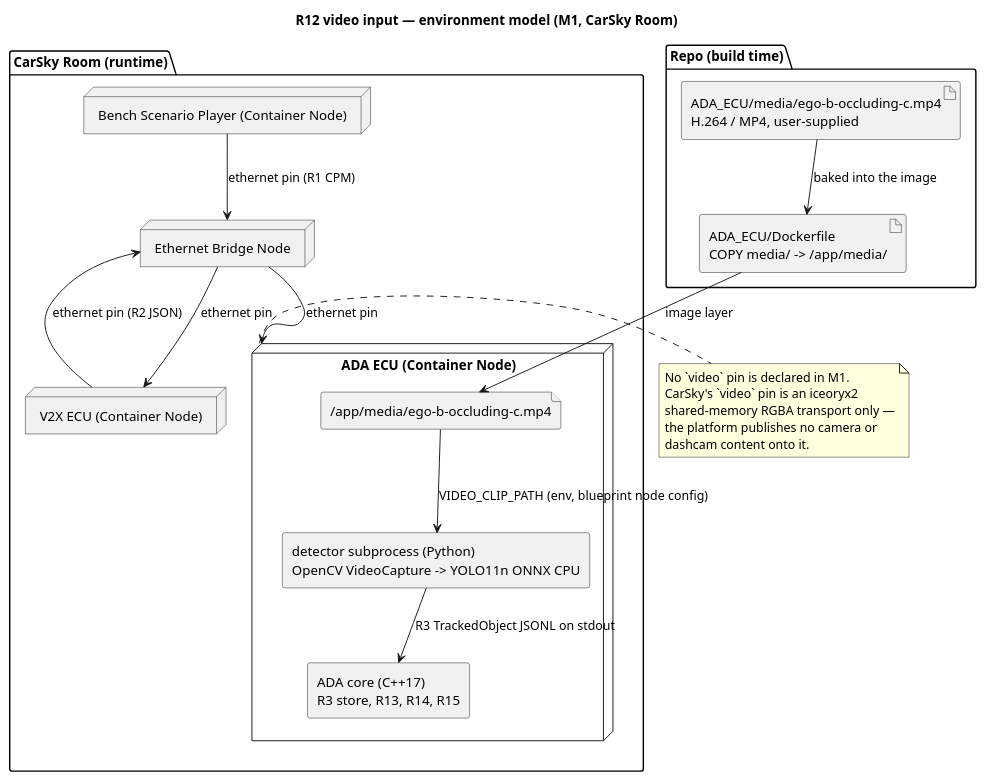
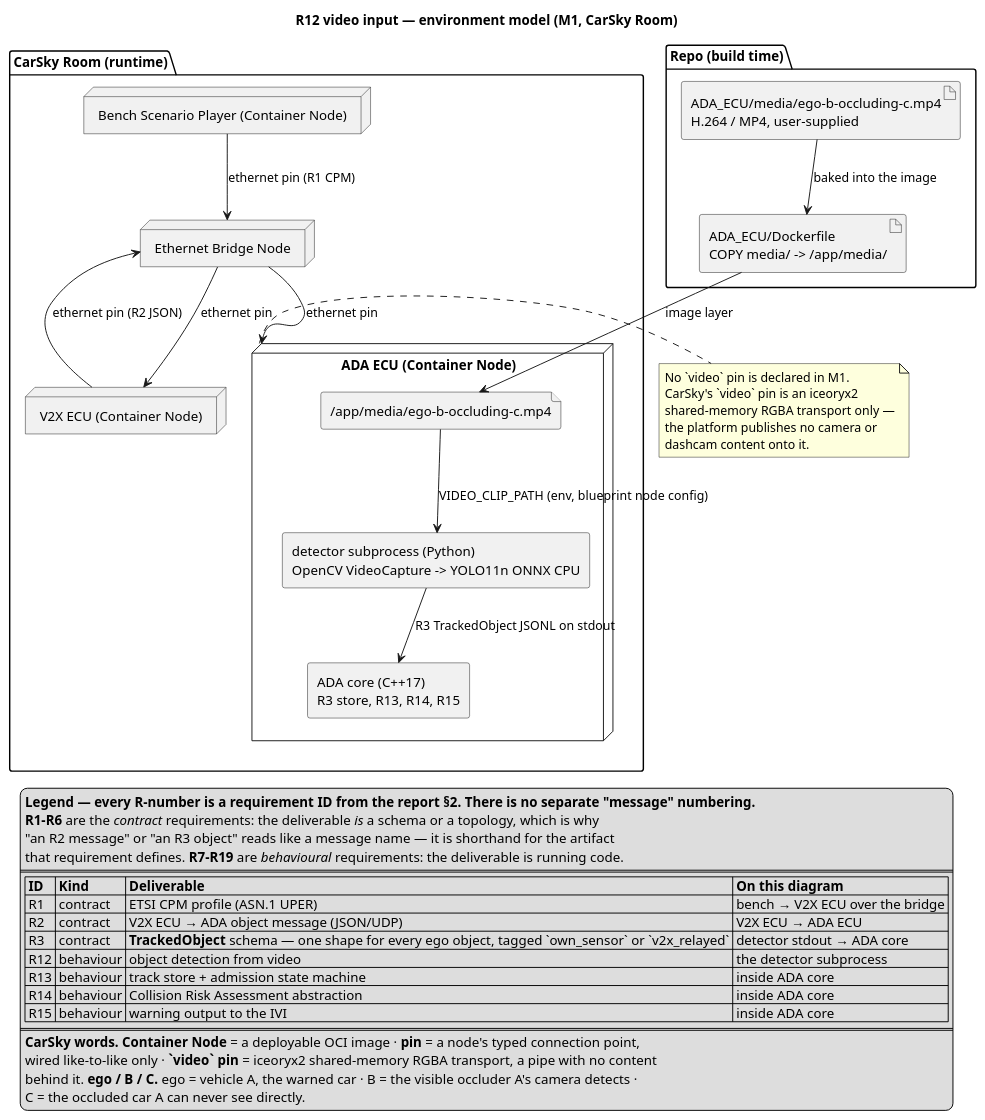
The diagram in ADA_ECU/doc/research_notes/video-source-environment.puml (mnpham2101/FPT-Hackathon2026), drawn with PlantUML before and after one commit. The commit also changed 6 other files, not shown here.

First line of the commit message:
docs: research the Phase 3 video source and the ADA/IVI dashcam fan-out

```diff
--- a/ADA_ECU/doc/research_notes/video-source-environment.puml
+++ b/ADA_ECU/doc/research_notes/video-source-environment.puml
@@ -1,40 +1,61 @@
-@startuml
+@startuml video-source-environment
 title R12 video input — environment model (M1, CarSky Room)
 
 skinparam componentStyle rectangle
 skinparam shadowing false
 
 package "Repo (build time)" {
   artifact "ADA_ECU/media/ego-b-occluding-c.mp4\nH.264 / MP4, user-supplied" as CLIP
   artifact "ADA_ECU/Dockerfile\nCOPY media/ -> /app/media/" as DF
 }
 
 package "CarSky Room (runtime)" {
   node "ADA ECU (Container Node)" as ADA {
     component "detector subprocess (Python)\nOpenCV VideoCapture -> YOLO11n ONNX CPU" as DET
     component "ADA core (C++17)\nR3 store, R13, R14, R15" as CORE
     file "/app/media/ego-b-occluding-c.mp4" as INFILE
   }
   node "Ethernet Bridge Node" as BR
   node "V2X ECU (Container Node)" as V2X
   node "Bench Scenario Player (Container Node)" as BENCH
 }
 
 CLIP --> DF : baked into the image
 DF --> INFILE : image layer
 INFILE --> DET : VIDEO_CLIP_PATH (env, blueprint node config)
 DET --> CORE : R3 TrackedObject JSONL on stdout
 BENCH --> BR : ethernet pin (R1 CPM)
 BR --> V2X : ethernet pin
 V2X --> BR : ethernet pin (R2 JSON)
 BR --> ADA : ethernet pin
 
 note right of ADA
   No `video` pin is declared in M1.
   CarSky's `video` pin is an iceoryx2
   shared-memory RGBA transport only —
   the platform publishes no camera or
   dashcam content onto it.
 end note
 
+legend bottom
+  <b>Legend — every R-number is a requirement ID from the report §2. There is no separate "message" numbering.</b>
+  <b>R1–R6</b> are the //contract// requirements: the deliverable //is// a schema or a topology, which is why
+  "an R2 message" or "an R3 object" reads like a message name — it is shorthand for the artifact
+  that requirement defines. <b>R7–R19</b> are //behavioural// requirements: the deliverable is running code.
+  ====
+  |= ID |= Kind |= Deliverable |= On this diagram |
+  | R1 | contract | ETSI CPM profile (ASN.1 UPER) | bench → V2X ECU over the bridge |
+  | R2 | contract | V2X ECU → ADA object message (JSON/UDP) | V2X ECU → ADA ECU |
+  | R3 | contract | <b>TrackedObject</b> schema — one shape for every ego object, tagged `own_sensor` or `v2x_relayed` | detector stdout → ADA core |
+  | R12 | behaviour | object detection from video | the detector subprocess |
+  | R13 | behaviour | track store + admission state machine | inside ADA core |
+  | R14 | behaviour | Collision Risk Assessment abstraction | inside ADA core |
+  | R15 | behaviour | warning output to the IVI | inside ADA core |
+  ====
+  <b>CarSky words.</b> **Container Node** = a deployable OCI image · **pin** = a node's typed connection point,
+  wired like-to-like only · **`video` pin** = iceoryx2 shared-memory RGBA transport, a pipe with no content
+  behind it. <b>ego / B / C.</b> ego = vehicle A, the warned car · B = the visible occluder A's camera detects ·
+  C = the occluded car A can never see directly.
+endlegend
+
 @enduml
```
